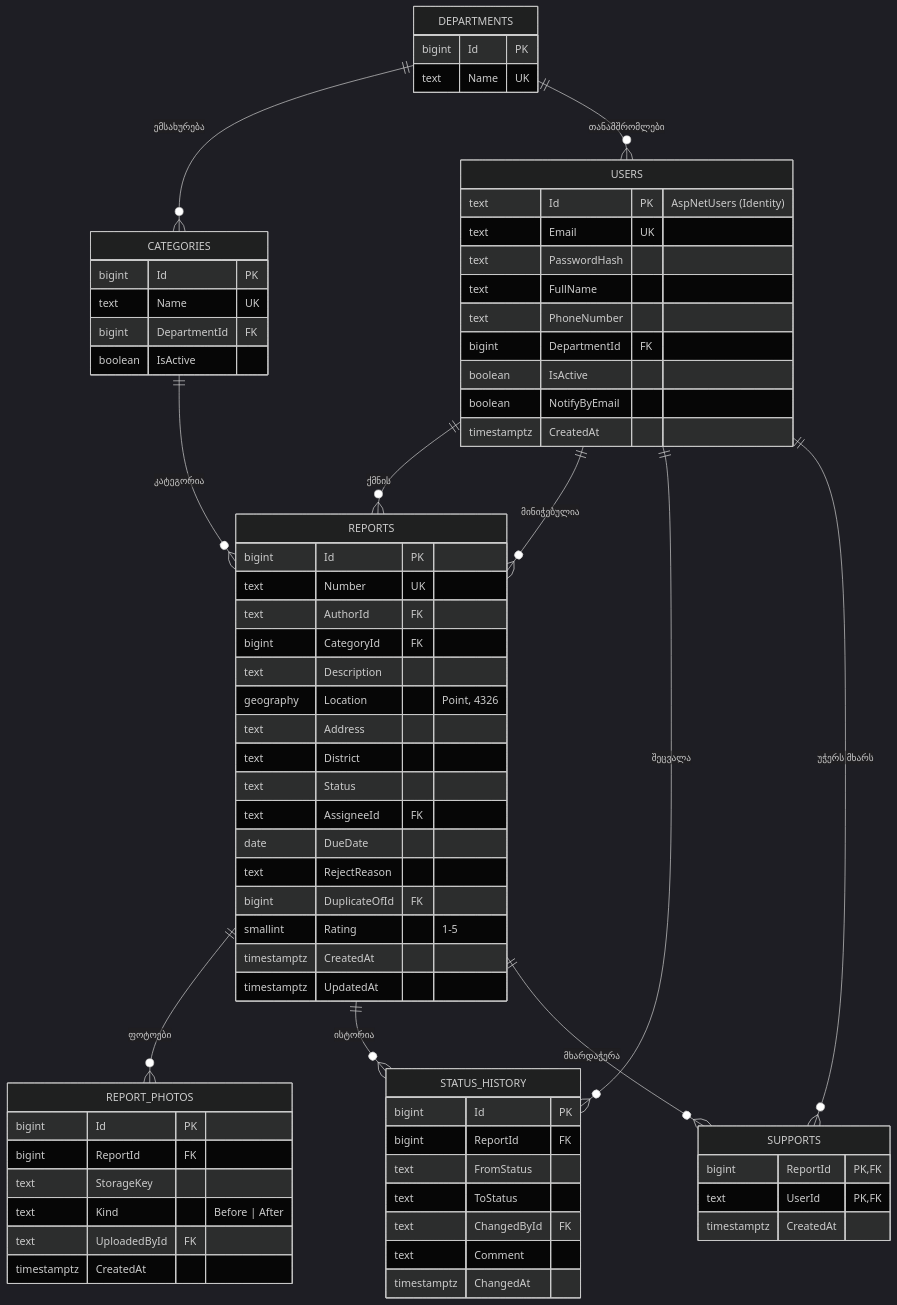
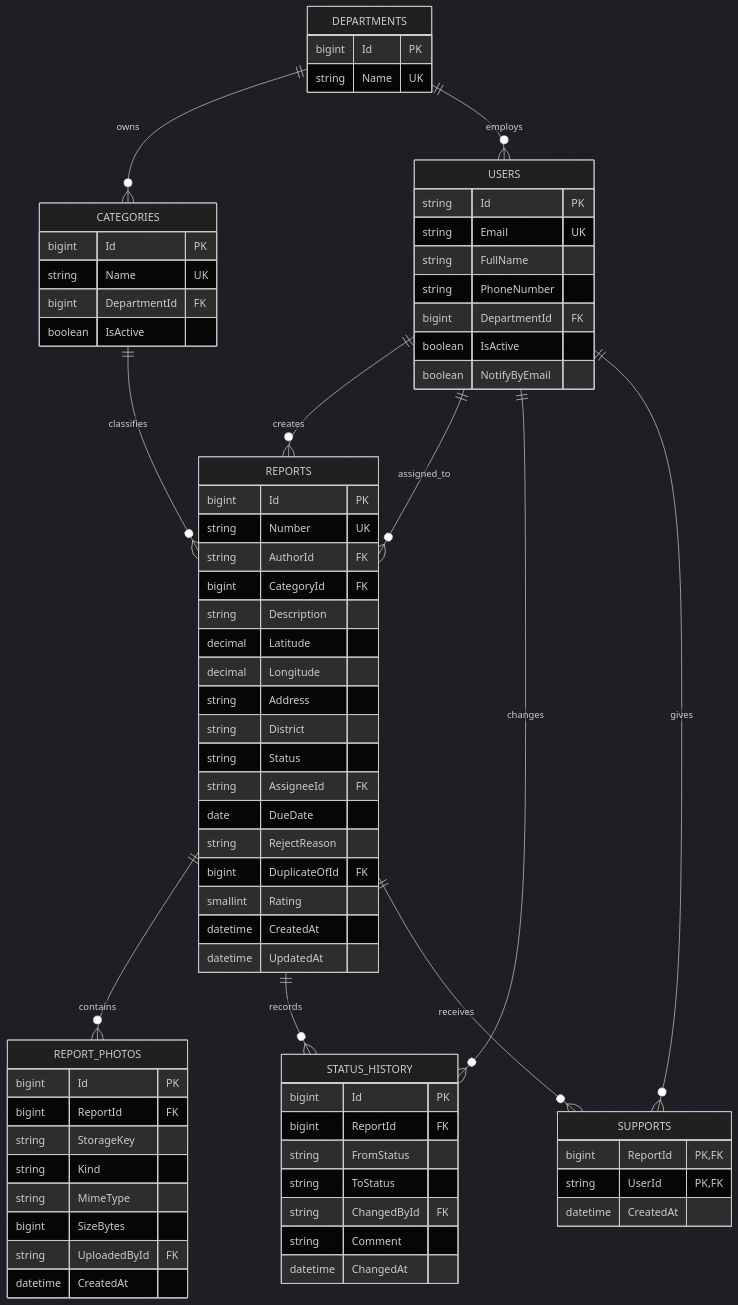
The third of 3 diagrams in ARCHITECTURE.md (gigigiorgadze10/fixit), drawn with Mermaid (dark theme) before and after one commit. The commit also changed other lines of this file, not shown here.

````diff
--- a/ARCHITECTURE.md
+++ b/ARCHITECTURE.md
@@ -267,75 +191,76 @@
 ```mermaid
 erDiagram
-    DEPARTMENTS ||--o{ CATEGORIES : "ემსახურება"
-    DEPARTMENTS ||--o{ USERS : "თანამშრომლები"
-    USERS ||--o{ REPORTS : "ქმნის"
-    USERS ||--o{ REPORTS : "მინიჭებულია"
-    CATEGORIES ||--o{ REPORTS : "კატეგორია"
-    REPORTS ||--o{ REPORT_PHOTOS : "ფოტოები"
-    REPORTS ||--o{ STATUS_HISTORY : "ისტორია"
-    USERS ||--o{ STATUS_HISTORY : "შეცვალა"
-    REPORTS ||--o{ SUPPORTS : "მხარდაჭერა"
-    USERS ||--o{ SUPPORTS : "უჭერს მხარს"
+    DEPARTMENTS ||--o{ CATEGORIES : owns
+    DEPARTMENTS ||--o{ USERS : employs
+    USERS ||--o{ REPORTS : creates
+    USERS ||--o{ REPORTS : assigned_to
+    CATEGORIES ||--o{ REPORTS : classifies
+    REPORTS ||--o{ REPORT_PHOTOS : contains
+    REPORTS ||--o{ STATUS_HISTORY : records
+    USERS ||--o{ STATUS_HISTORY : changes
+    REPORTS ||--o{ SUPPORTS : receives
+    USERS ||--o{ SUPPORTS : gives
 
     USERS {
-        text Id PK "AspNetUsers (Identity)"
-        text Email UK
-        text PasswordHash
-        text FullName
-        text PhoneNumber
-        bigint DepartmentId FK
-        boolean IsActive
-        boolean NotifyByEmail
-        timestamptz CreatedAt
+      string Id PK
+      string Email UK
+      string FullName
+      string PhoneNumber
+      bigint DepartmentId FK
+      boolean IsActive
+      boolean NotifyByEmail
     }
     DEPARTMENTS {
-        bigint Id PK
-        text Name UK
+      bigint Id PK
+      string Name UK
     }
     CATEGORIES {
-        bigint Id PK
-        text Name UK
-        bigint DepartmentId FK
-        boolean IsActive
+      bigint Id PK
+      string Name UK
+      bigint DepartmentId FK
+      boolean IsActive
     }
     REPORTS {
-        bigint Id PK
-        text Number UK
-        text AuthorId FK
-        bigint CategoryId FK
-        text Description
-        geography Location "Point, 4326"
-        text Address
-        text District
-        text Status
-        text AssigneeId FK
-        date DueDate
-        text RejectReason
-        bigint DuplicateOfId FK
-        smallint Rating "1-5"
-        timestamptz CreatedAt
-        timestamptz UpdatedAt
+      bigint Id PK
+      string Number UK
+      string AuthorId FK
+      bigint CategoryId FK
+      string Description
+      decimal Latitude
+      decimal Longitude
+      string Address
+      string District
+      string Status
+      string AssigneeId FK
+      date DueDate
+      string RejectReason
+      bigint DuplicateOfId FK
+      smallint Rating
+      datetime CreatedAt
+      datetime UpdatedAt
     }
     REPORT_PHOTOS {
-        bigint Id PK
-        bigint ReportId FK
-        text StorageKey
-        text Kind "Before | After"
-        text UploadedById FK
-        timestamptz CreatedAt
+      bigint Id PK
+      bigint ReportId FK
+      string StorageKey
+      string Kind
+      string MimeType
+      bigint SizeBytes
+      string UploadedById FK
+      datetime CreatedAt
     }
     STATUS_HISTORY {
-        bigint Id PK
-        bigint ReportId FK
-        text FromStatus
-        text ToStatus
-        text ChangedById FK
-        text Comment
-        timestamptz ChangedAt
+      bigint Id PK
+      bigint ReportId FK
+      string FromStatus
+      string ToStatus
+      string ChangedById FK
+      string Comment
+      datetime ChangedAt
     }
     SUPPORTS {
-        bigint ReportId PK, FK
-        text UserId PK, FK
-        timestamptz CreatedAt
+      bigint ReportId PK, FK
+      string UserId PK, FK
+      datetime CreatedAt
     }
 ```
````
